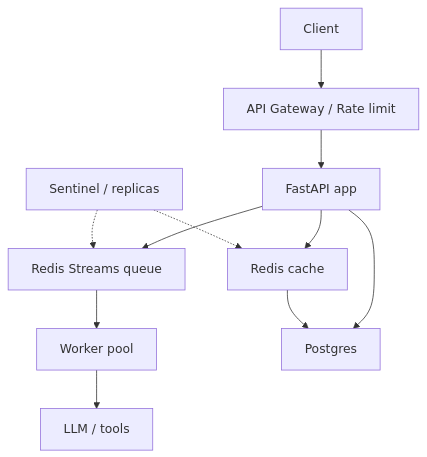
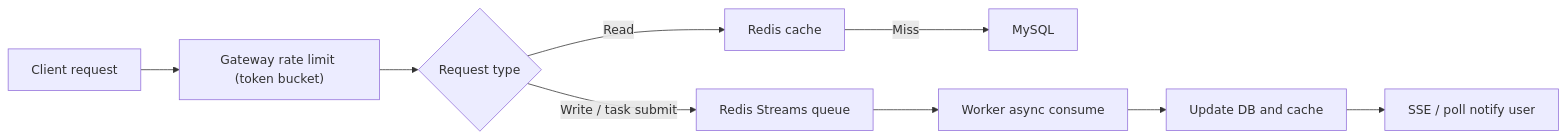
One commit to ByteTitan-star/ByteTitan-star.github.io changed the fifth of 8 diagrams in src/content/blog/Agent前沿知识/AI Agent 高并发实战：Redis 限流、队列、缓存与高可用全栈方案.md. Above: the diagram before and after it, drawn with Mermaid. The commit also changed other lines of this file and 10 other files, not shown here.

````diff
--- a/src/content/blog/Agent前沿知识/AI Agent 高并发实战：Redis 限流、队列、缓存与高可用全栈方案.md
+++ b/src/content/blog/Agent前沿知识/AI Agent 高并发实战：Redis 限流、队列、缓存与高可用全栈方案.md
@@ -711,13 +718,11 @@
 ```mermaid
-flowchart TD
-    A[Client] --> B[API Gateway / Rate limit]
-    B --> C[FastAPI app]
-    C --> D[Redis Streams queue]
-    D --> E[Worker pool]
-    E --> F[LLM / tools]
-    C --> G[Redis cache]
-    C --> H[Postgres]
-    G --> H
-    I[Sentinel / replicas] -.-> G
-    I -.-> D
+flowchart LR
+  A["Client request"] --> B["Gateway rate limit (token bucket)"]
+  B --> C{"Request type"}
+  C -->|Read| D["Redis cache"]
+  D -->|Miss| E["MySQL"]
+  C -->|Write / task submit| F["Redis Streams queue"]
+  F --> G["Worker async consume"]
+  G --> H["Update DB and cache"]
+  H --> I["SSE / poll notify user"]
 ```
````
